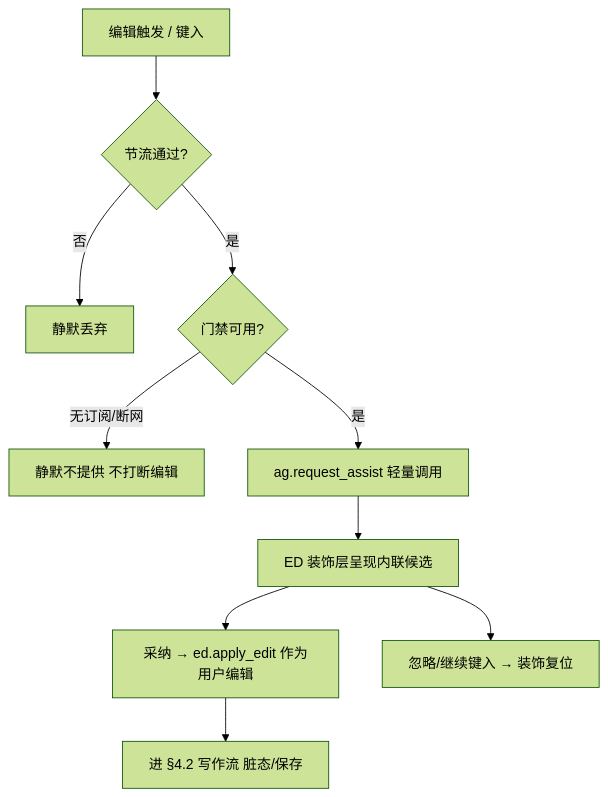
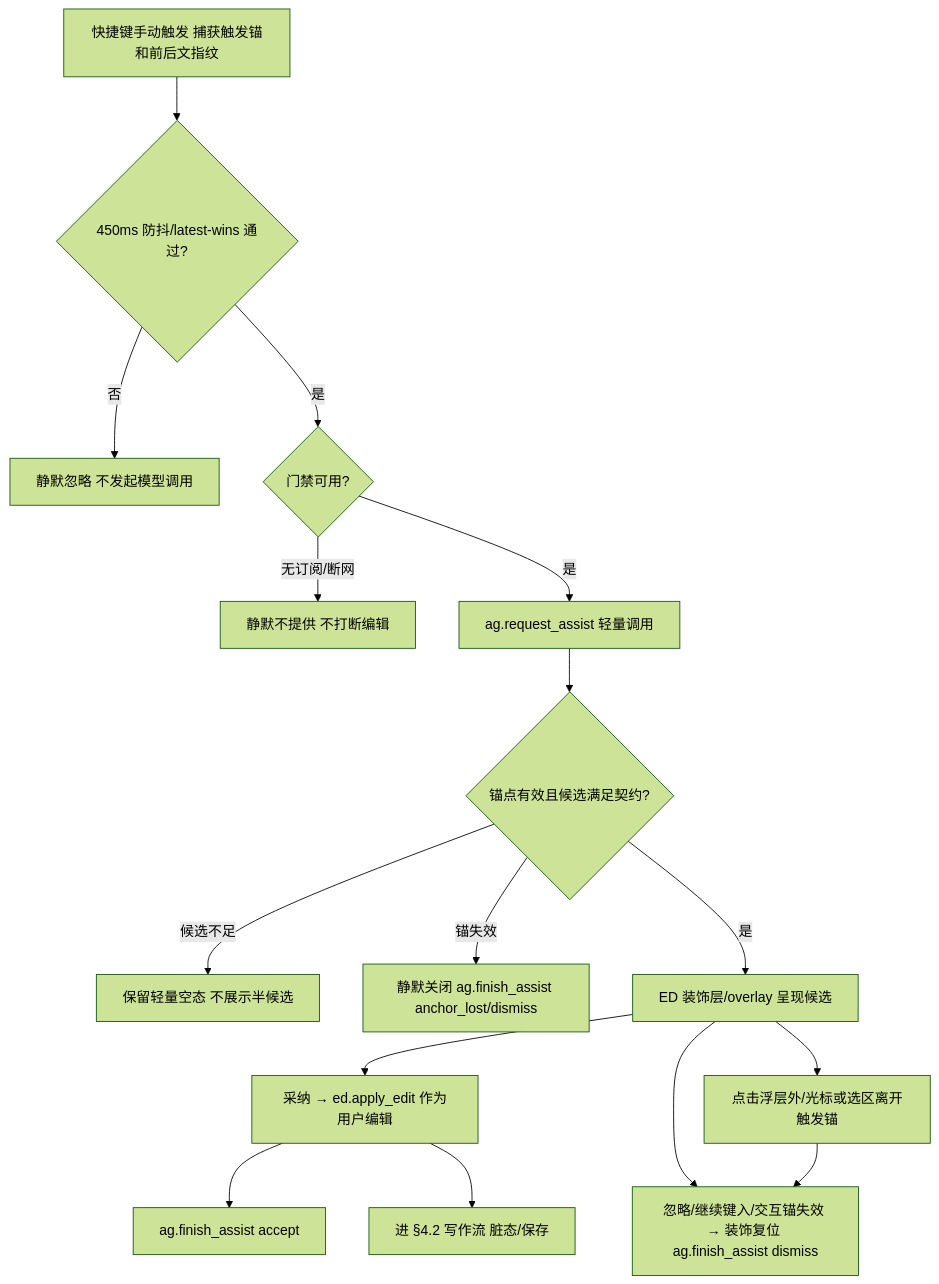
One commit to adu-chen/binder-desktop changed the fifth of 10 diagrams in docs/01_modules/SYS/A-SYS-C-T-02_前端交互架构与流程总图.md. Above: the diagram before and after it, drawn with Mermaid (forest theme). The commit also changed other lines of this file and 142 other files, not shown here.

````diff
--- a/docs/01_modules/SYS/A-SYS-C-T-02_前端交互架构与流程总图.md
+++ b/docs/01_modules/SYS/A-SYS-C-T-02_前端交互架构与流程总图.md
@@ -190,12 +216,18 @@
 ```mermaid
 flowchart TD
-  T[编辑触发 / 键入] --> TH{节流通过?}
-  TH -- 否 --> ID[静默丢弃]
+  T[快捷键手动触发 捕获触发锚和前后文指纹] --> TH{450ms 防抖/latest-wins 通过?}
+  TH -- 否 --> ID[静默忽略 不发起模型调用]
   TH -- 是 --> GT{门禁可用?}
   GT -- 无订阅/断网 --> SI[静默不提供 不打断编辑]
   GT -- 是 --> RQ[ag.request_assist 轻量调用]
-  RQ --> CA[ED 装饰层呈现内联候选]
+  RQ --> VC{锚点有效且候选满足契约?}
+  VC -- 候选不足 --> EMP[保留轻量空态 不展示半候选]
+  VC -- 锚失效 --> AL[静默关闭 ag.finish_assist anchor_lost/dismiss]
+  VC -- 是 --> CA[ED 装饰层/overlay 呈现候选]
   CA --> AK[采纳 → ed.apply_edit 作为用户编辑]
-  CA --> DM[忽略/继续键入 → 装饰复位]
+  CA --> TC[点击浮层外/光标或选区离开触发锚]
+  CA --> DM[忽略/继续键入/交互锚失效 → 装饰复位 ag.finish_assist dismiss]
+  TC --> DM
+  AK --> FA[ag.finish_assist accept]
   AK --> EF[进 §4.2 写作流 脏态/保存]
 ```
````
